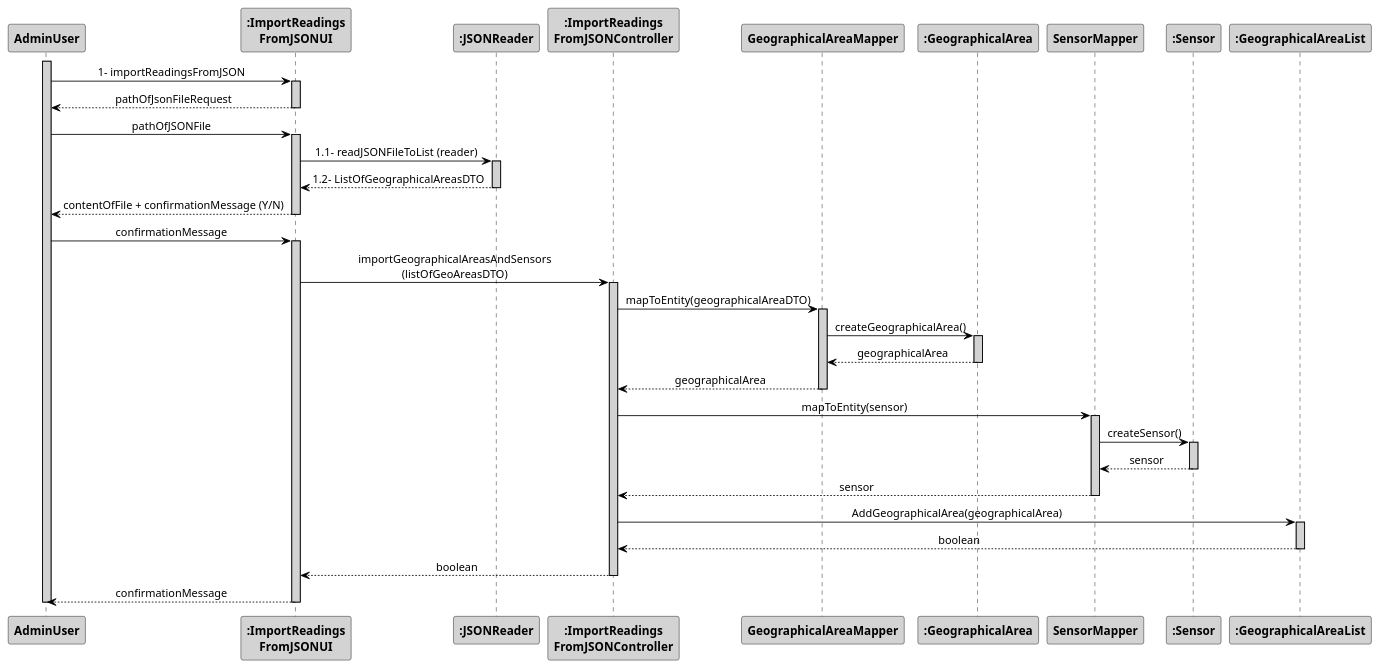
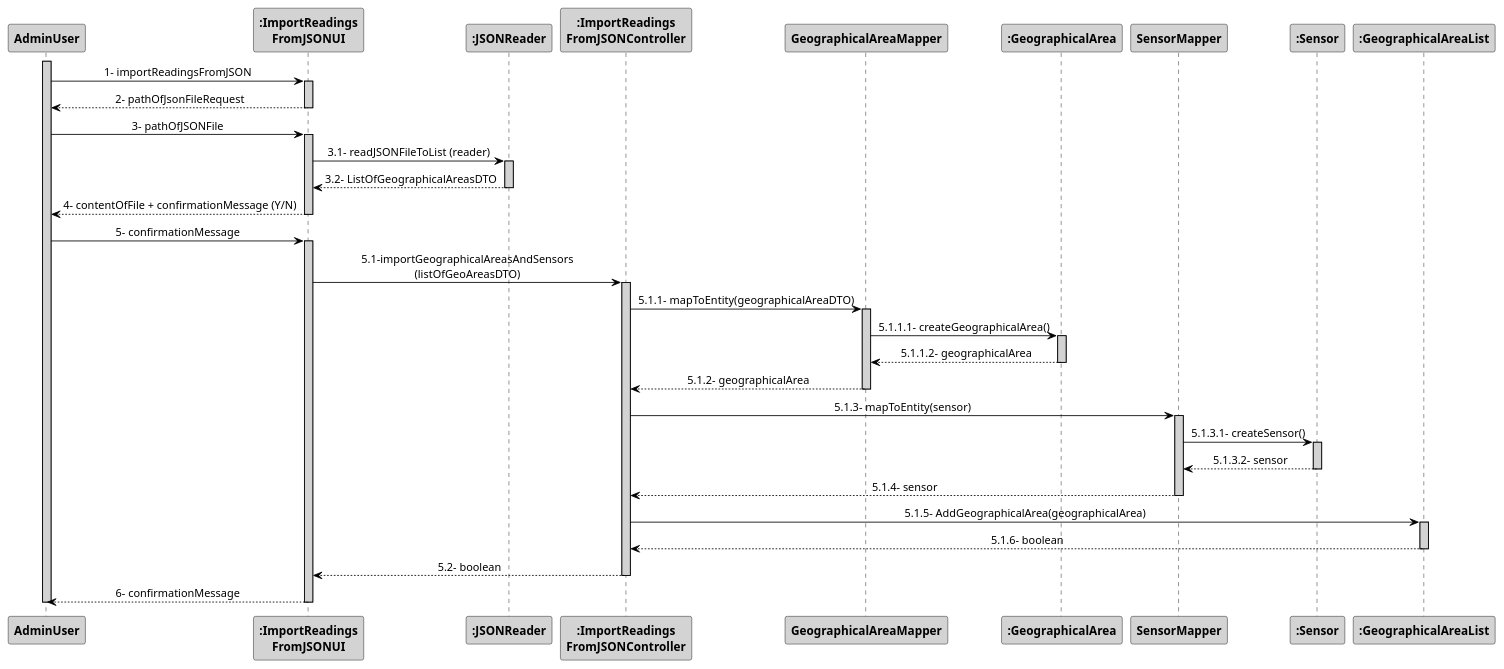
Before and after one commit to 1181687/hateoasToy: the diagram in src/main/java/pt/ipp/isep/dei/project/controllers/importReadingsFromJSONController/SD_ImportReadingsFromJSON.puml, drawn with PlantUML.

Commit message:
Changes to Sequence Diagram (US015) - enumeration of steps

```diff
--- a/src/main/java/pt/ipp/isep/dei/project/controllers/importReadingsFromJSONController/SD_ImportReadingsFromJSON.puml
+++ b/src/main/java/pt/ipp/isep/dei/project/controllers/importReadingsFromJSONController/SD_ImportReadingsFromJSON.puml
@@ -1,64 +1,64 @@
 @startuml
 skinparam sequenceMessageAlign center
 skinparam sequence {
 	ArrowColor Black
 	ActorBorderColor DarkBlue
 	LifeLineBorderColor black
 	LifeLineBackgroundColor LightGrey
 
 	ParticipantBorderColor Black
 	ParticipantBackgroundColor LightGrey
 	ParticipantFontStyle Bold
 
 	ActorBackgroundColor DimGrey
 	ActorFontColor DeepSkyBlue
 	ActorFontStyle Bold
 	ActorFontSize 17
 	ActorFontName Aapex
 }
 activate AdminUser
 actor AdminUser
 
 AdminUser -> ":ImportReadings\nFromJSONUI": 1- importReadingsFromJSON
 activate ":ImportReadings\nFromJSONUI"
-AdminUser <-- ":ImportReadings\nFromJSONUI": pathOfJsonFileRequest
+AdminUser <-- ":ImportReadings\nFromJSONUI": 2- pathOfJsonFileRequest
 deactivate ":ImportReadings\nFromJSONUI"
-AdminUser -> ":ImportReadings\nFromJSONUI": pathOfJSONFile
+AdminUser -> ":ImportReadings\nFromJSONUI": 3- pathOfJSONFile
 activate ":ImportReadings\nFromJSONUI"
-":ImportReadings\nFromJSONUI" -> ":JSONReader" : 1.1- readJSONFileToList (reader)
+":ImportReadings\nFromJSONUI" -> ":JSONReader" : 3.1- readJSONFileToList (reader)
 activate ":JSONReader"
-":ImportReadings\nFromJSONUI" <-- ":JSONReader" : 1.2- ListOfGeographicalAreasDTO
+":ImportReadings\nFromJSONUI" <-- ":JSONReader" : 3.2- ListOfGeographicalAreasDTO
 deactivate ":JSONReader"
-AdminUser <-- ":ImportReadings\nFromJSONUI": contentOfFile + confirmationMessage (Y/N)
+AdminUser <-- ":ImportReadings\nFromJSONUI": 4- contentOfFile + confirmationMessage (Y/N)
 deactivate ":ImportReadings\nFromJSONUI"
-AdminUser -> ":ImportReadings\nFromJSONUI": confirmationMessage
+AdminUser -> ":ImportReadings\nFromJSONUI": 5- confirmationMessage
 activate ":ImportReadings\nFromJSONUI"
-":ImportReadings\nFromJSONUI" -> ":ImportReadings\nFromJSONController": importGeographicalAreasAndSensors\n(listOfGeoAreasDTO)
+":ImportReadings\nFromJSONUI" -> ":ImportReadings\nFromJSONController": 5.1-importGeographicalAreasAndSensors\n(listOfGeoAreasDTO)
 activate ":ImportReadings\nFromJSONController"
-":ImportReadings\nFromJSONController" -> "GeographicalAreaMapper" : mapToEntity(geographicalAreaDTO)
+":ImportReadings\nFromJSONController" -> "GeographicalAreaMapper" : 5.1.1- mapToEntity(geographicalAreaDTO)
 activate "GeographicalAreaMapper"
-"GeographicalAreaMapper" -> ":GeographicalArea" : createGeographicalArea()
+"GeographicalAreaMapper" -> ":GeographicalArea" : 5.1.1.1- createGeographicalArea()
 activate ":GeographicalArea"
-"GeographicalAreaMapper" <-- ":GeographicalArea" : geographicalArea
+"GeographicalAreaMapper" <-- ":GeographicalArea" : 5.1.1.2- geographicalArea
 deactivate ":GeographicalArea"
-":ImportReadings\nFromJSONController" <-- "GeographicalAreaMapper" : geographicalArea
+":ImportReadings\nFromJSONController" <-- "GeographicalAreaMapper" : 5.1.2- geographicalArea
 deactivate "GeographicalAreaMapper"
-":ImportReadings\nFromJSONController" -> "SensorMapper" : mapToEntity(sensor)
+":ImportReadings\nFromJSONController" -> "SensorMapper" : 5.1.3- mapToEntity(sensor)
 activate "SensorMapper"
-"SensorMapper" -> ":Sensor" : createSensor()
+"SensorMapper" -> ":Sensor" : 5.1.3.1- createSensor()
 activate ":Sensor"
-"SensorMapper" <-- ":Sensor" : sensor
+"SensorMapper" <-- ":Sensor" : 5.1.3.2- sensor
 deactivate ":Sensor"
-":ImportReadings\nFromJSONController" <-- "SensorMapper" : sensor
+":ImportReadings\nFromJSONController" <-- "SensorMapper" : 5.1.4- sensor
  deactivate "SensorMapper"
-":ImportReadings\nFromJSONController"  -> ":GeographicalAreaList" : AddGeographicalArea(geographicalArea)
+":ImportReadings\nFromJSONController"  -> ":GeographicalAreaList" : 5.1.5- AddGeographicalArea(geographicalArea)
 activate ":GeographicalAreaList"
-":ImportReadings\nFromJSONController" <-- ":GeographicalAreaList" : boolean
+":ImportReadings\nFromJSONController" <-- ":GeographicalAreaList" : 5.1.6- boolean
 deactivate ":GeographicalAreaList"
-":ImportReadings\nFromJSONUI" <-- ":ImportReadings\nFromJSONController": boolean
+":ImportReadings\nFromJSONUI" <-- ":ImportReadings\nFromJSONController": 5.2- boolean
 deactivate ":ImportReadings\nFromJSONController"
-AdminUser <-- ":ImportReadings\nFromJSONUI": confirmationMessage
+AdminUser <-- ":ImportReadings\nFromJSONUI": 6- confirmationMessage
 deactivate ":ImportReadings\nFromJSONUI"
 deactivate AdminUser
 
 @enduml
```
